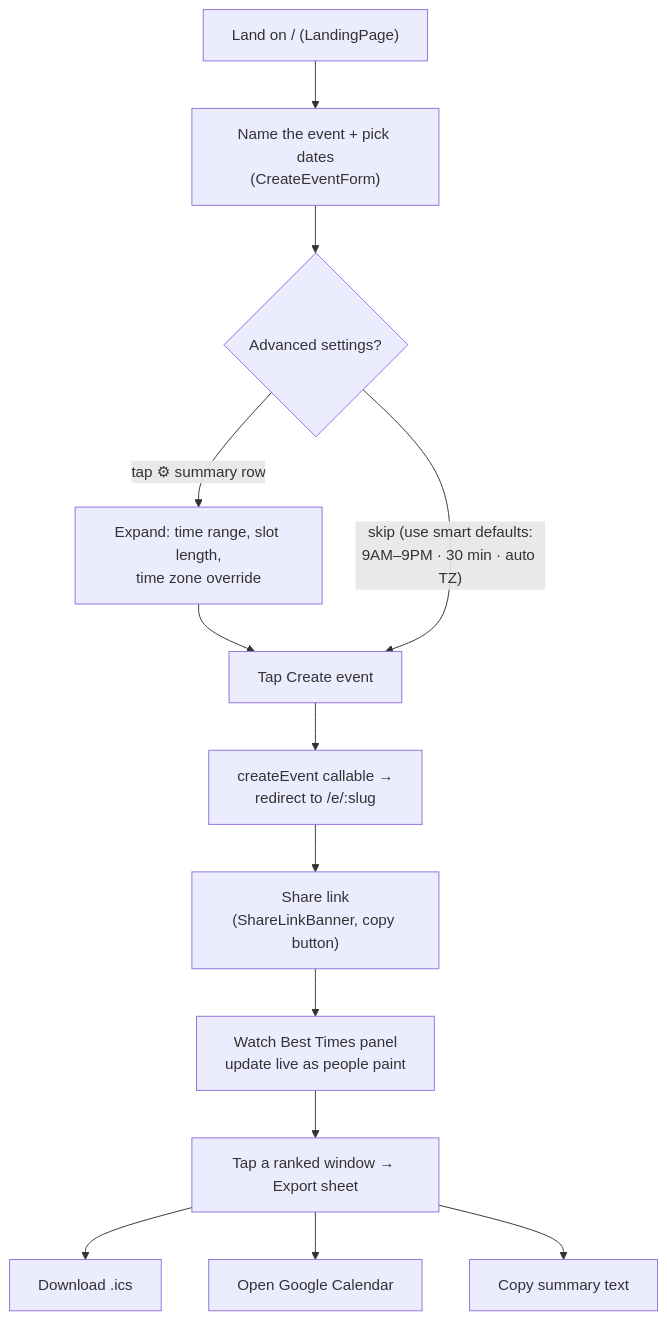
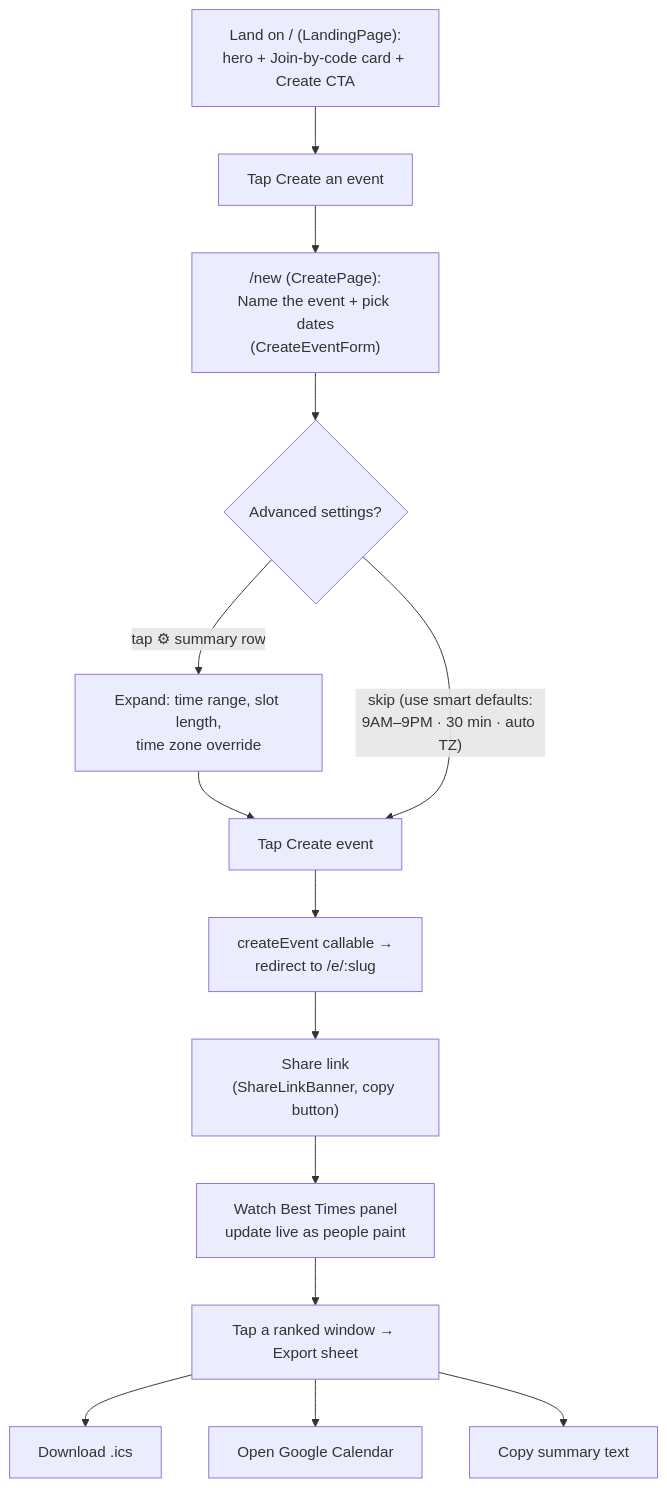
One commit to chlgustjr41/schedule2gather changed the first of 5 diagrams in docs/ux-flows.md. Above: the diagram before and after it, drawn with Mermaid. The commit also changed other lines of this file and 2 other files, not shown here.

Commit message:
docs(v1.3): landing, join-by-code, dashboard, deleteEvent

````diff
--- a/docs/ux-flows.md
+++ b/docs/ux-flows.md
@@ -11,15 +22,16 @@
 ```mermaid
 flowchart TD
-  A["Land on / (LandingPage)"] --> B["Name the event + pick dates<br/>(CreateEventForm)"]
+  A["Land on / (LandingPage):<br/>hero + Join-by-code card + Create CTA"] --> A1["Tap Create an event"]
+  A1 --> B["/new (CreatePage):<br/>Name the event + pick dates<br/>(CreateEventForm)"]
   B --> C{"Advanced settings?"}
   C -- "tap ⚙ summary row" --> D["Expand: time range, slot length,<br/>time zone override"]
   D --> E
   C -- "skip (use smart defaults:<br/>9AM–9PM · 30 min · auto TZ)" --> E["Tap Create event"]
   E --> F["createEvent callable →<br/>redirect to /e/:slug"]
   F --> G["Share link<br/>(ShareLinkBanner, copy button)"]
   G --> H["Watch Best Times panel<br/>update live as people paint"]
   H --> I["Tap a ranked window → Export sheet"]
   I --> J1["Download .ics"]
   I --> J2["Open Google Calendar"]
   I --> J3["Copy summary text"]
 ```
````
